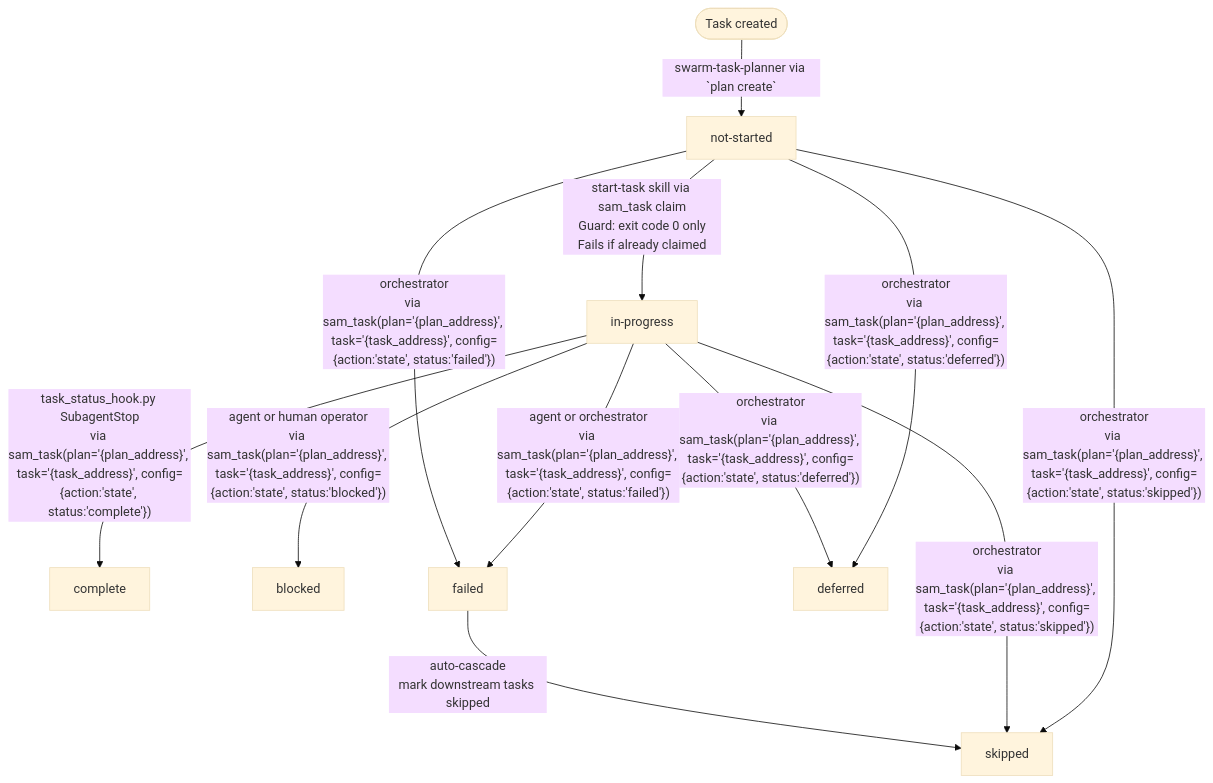
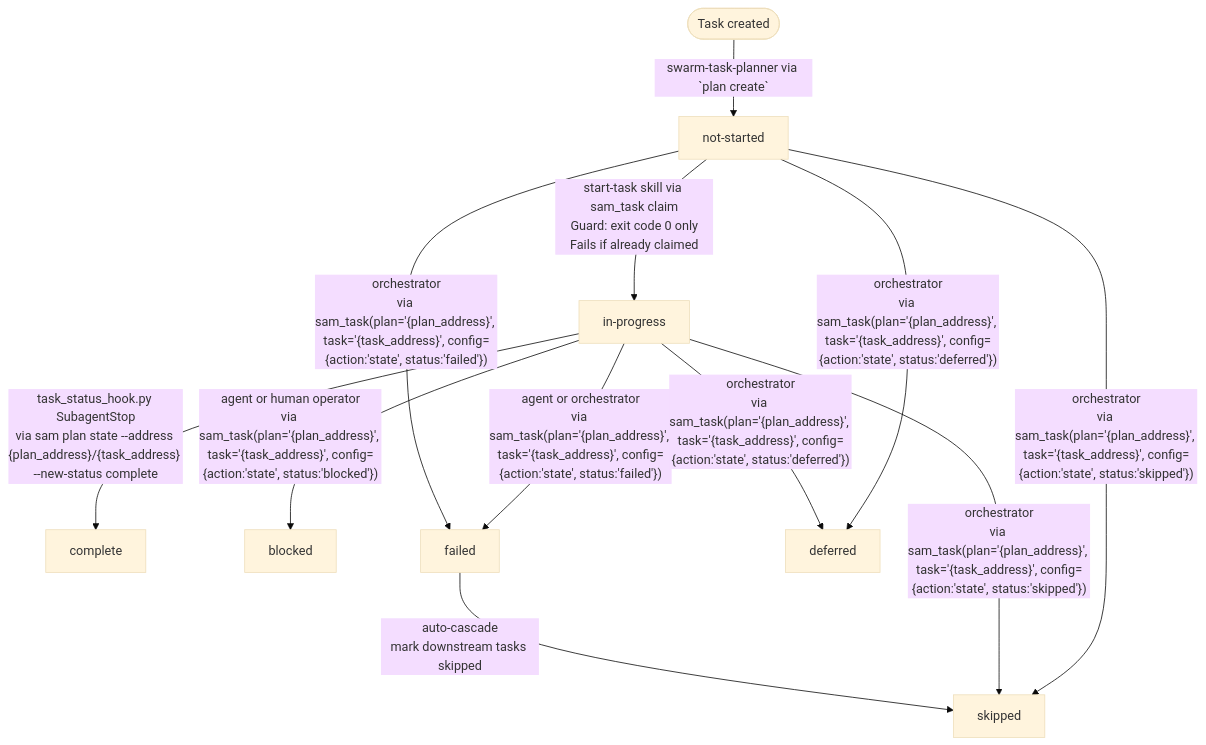
Before and after one commit to Jamie-BitFlight/claude_skills: the second of 5 diagrams in plugins/development-harness/docs/workflow-architecture-diagram.md, drawn with Mermaid (base theme). The commit also changed other lines of this file and 27 other files, not shown here.

````diff
--- a/plugins/development-harness/docs/workflow-architecture-diagram.md
+++ b/plugins/development-harness/docs/workflow-architecture-diagram.md
@@ -309,14 +309,14 @@
 ```mermaid
 flowchart TD
     Created([Task created]) -->|"swarm-task-planner via `plan create`"| NS[not-started]
     NS -->|"start-task skill via sam_task claim<br>Guard: exit code 0 only<br>Fails if already claimed"| IP[in-progress]
-    IP -->|"task_status_hook.py SubagentStop<br>via sam_task(plan='{plan_address}', task='{task_address}', config={action:'state', status:'complete'})"| CO[complete]
+    IP -->|"task_status_hook.py SubagentStop<br>via sam plan state --address {plan_address}/{task_address} --new-status complete"| CO[complete]
     IP -->|"agent or human operator<br>via sam_task(plan='{plan_address}', task='{task_address}', config={action:'state', status:'blocked'})"| BL[blocked]
     IP -->|"agent or orchestrator<br>via sam_task(plan='{plan_address}', task='{task_address}', config={action:'state', status:'failed'})"| FA[failed]
     NS -->|"orchestrator<br>via sam_task(plan='{plan_address}', task='{task_address}', config={action:'state', status:'deferred'})"| DE[deferred]
     NS -->|"orchestrator<br>via sam_task(plan='{plan_address}', task='{task_address}', config={action:'state', status:'skipped'})"| SK[skipped]
     NS -->|"orchestrator<br>via sam_task(plan='{plan_address}', task='{task_address}', config={action:'state', status:'failed'})"| FA
     IP -->|"orchestrator<br>via sam_task(plan='{plan_address}', task='{task_address}', config={action:'state', status:'deferred'})"| DE
     IP -->|"orchestrator<br>via sam_task(plan='{plan_address}', task='{task_address}', config={action:'state', status:'skipped'})"| SK
     FA -->|"auto-cascade<br>mark downstream tasks skipped"| SK
 ```
````
